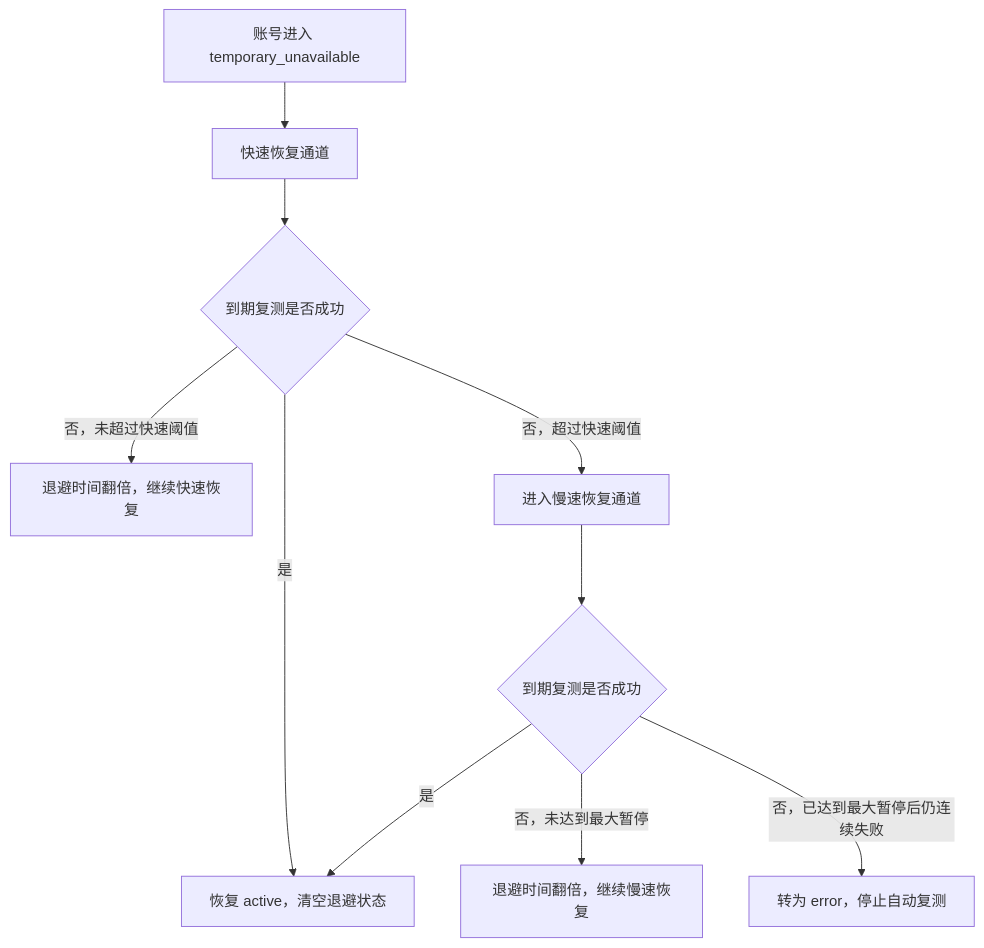
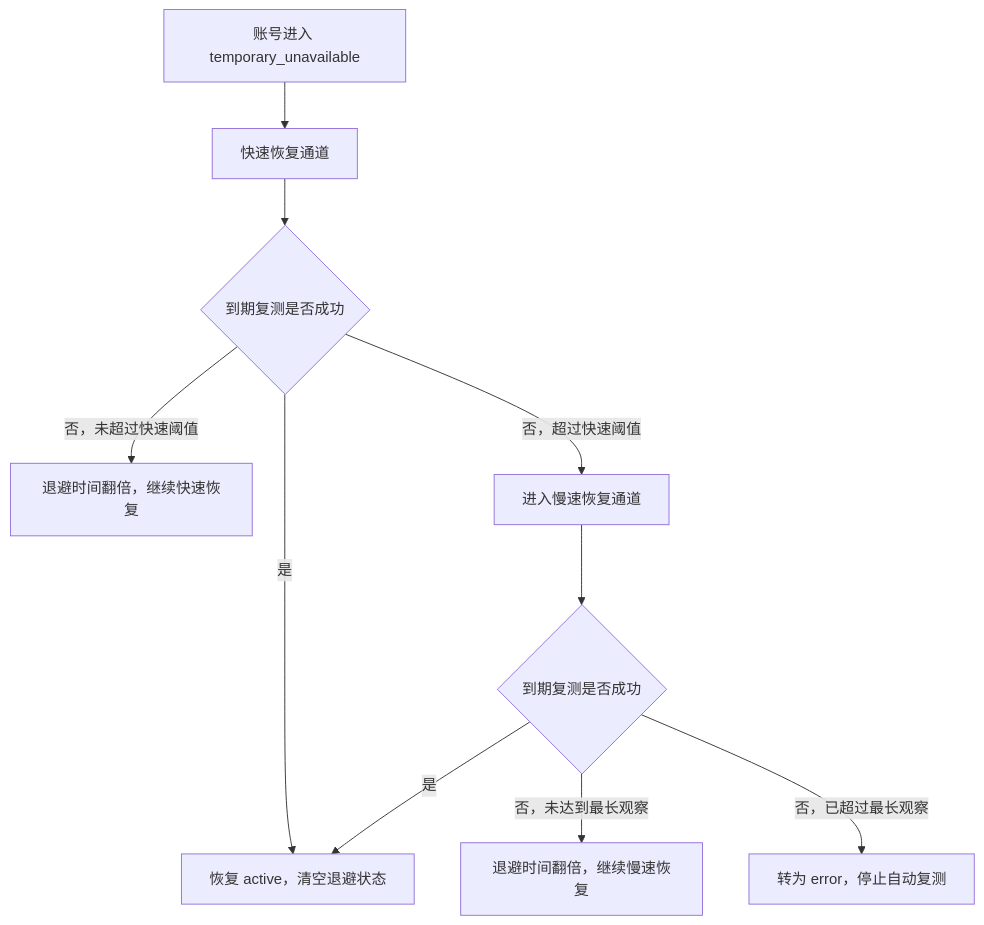
Before and after one commit to huanmin123/juhe-ai: the third of 3 diagrams in docs/functions/网关异常重试与兜底策略.md, drawn with Mermaid. The commit also changed other lines of this file and 45 other files, not shown here.

````diff
--- a/docs/functions/网关异常重试与兜底策略.md
+++ b/docs/functions/网关异常重试与兜底策略.md
@@ -193,12 +193,12 @@
 ```mermaid
 flowchart TD
   A["账号进入 temporary_unavailable"] --> B["快速恢复通道"]
   B --> C{"到期复测是否成功"}
   C -- "是" --> D["恢复 active，清空退避状态"]
   C -- "否，未超过快速阈值" --> E["退避时间翻倍，继续快速恢复"]
   C -- "否，超过快速阈值" --> F["进入慢速恢复通道"]
   F --> G{"到期复测是否成功"}
   G -- "是" --> D
-  G -- "否，未达到最大暂停" --> H["退避时间翻倍，继续慢速恢复"]
-  G -- "否，已达到最大暂停后仍连续失败" --> I["转为 error，停止自动复测"]
+  G -- "否，未达到最长观察" --> H["退避时间翻倍，继续慢速恢复"]
+  G -- "否，已超过最长观察" --> I["转为 error，停止自动复测"]
 ```
````
